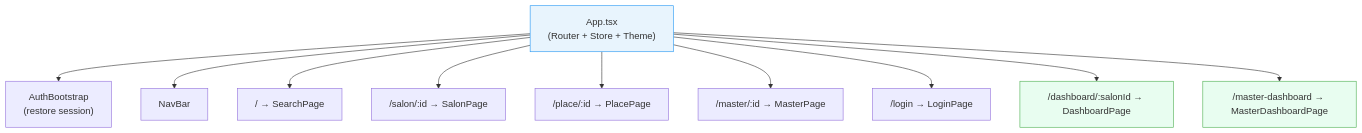
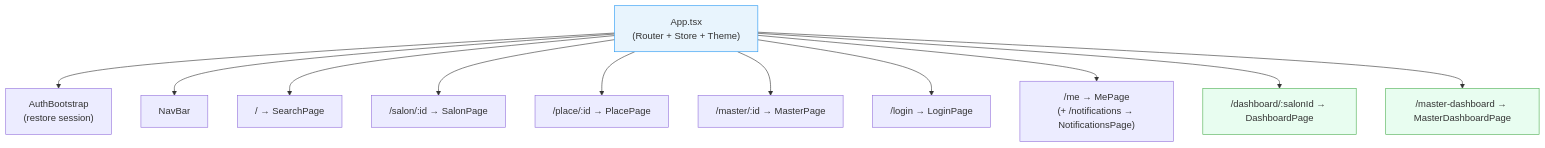
Before and after one commit to vvnezapnopwnz1/beauty-marketplace: the first of 5 diagrams in docs/vault/architecture/frontend.md, drawn with Mermaid. The commit also changed other lines of this file and 68 other files, not shown here.

````diff
--- a/docs/vault/architecture/frontend.md
+++ b/docs/vault/architecture/frontend.md
@@ -17,20 +17,21 @@
 ```mermaid
 graph TD
     App["App.tsx\n(Router + Store + Theme)"]
     Auth["AuthBootstrap\n(restore session)"]
 
     App --> Auth
     App --> NAV["NavBar"]
 
     App --> PSearch["/ → SearchPage"]
     App --> PSalon["/salon/:id → SalonPage"]
     App --> PPlace["/place/:id → PlacePage"]
     App --> PMaster["/master/:id → MasterPage"]
     App --> PLogin["/login → LoginPage"]
+    App --> PMe["/me → MePage\n(+ /notifications → NotificationsPage)"]
     App --> PDash["/dashboard/:salonId → DashboardPage"]
     App --> PMDash["/master-dashboard → MasterDashboardPage"]
 
     style App fill:#e8f4fd,stroke:#2196f3
     style PDash fill:#e8fdf0,stroke:#4caf50
     style PMDash fill:#e8fdf0,stroke:#4caf50
 ```
````
